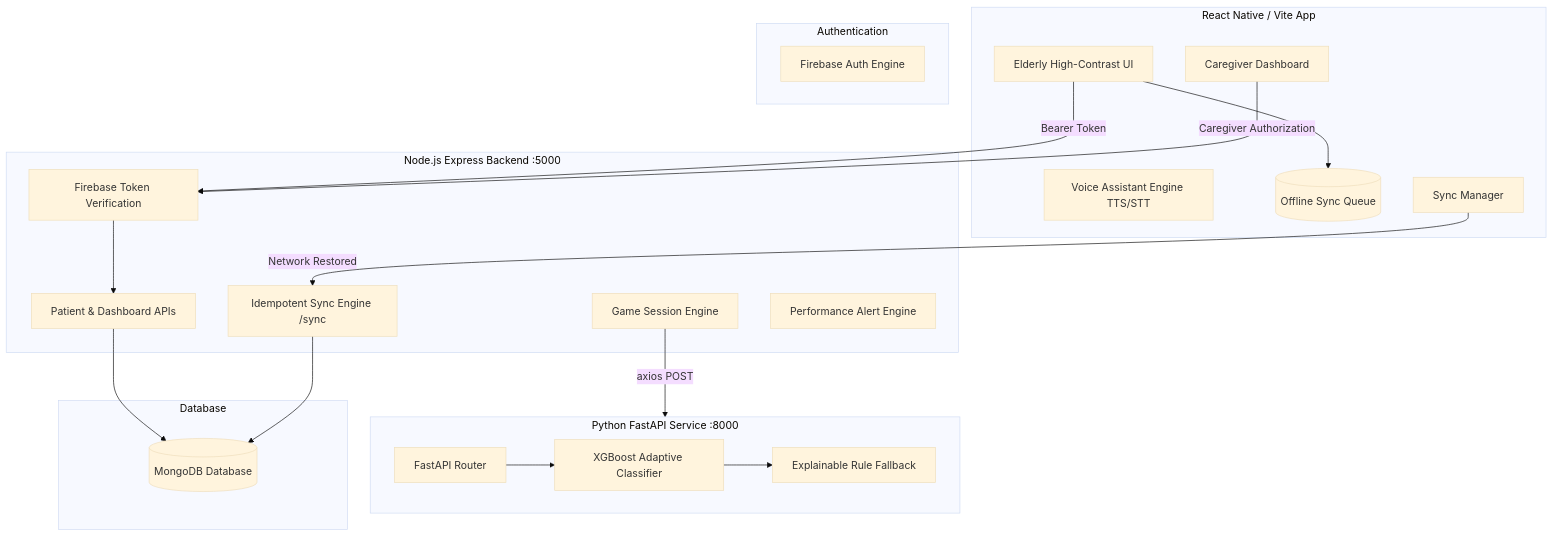
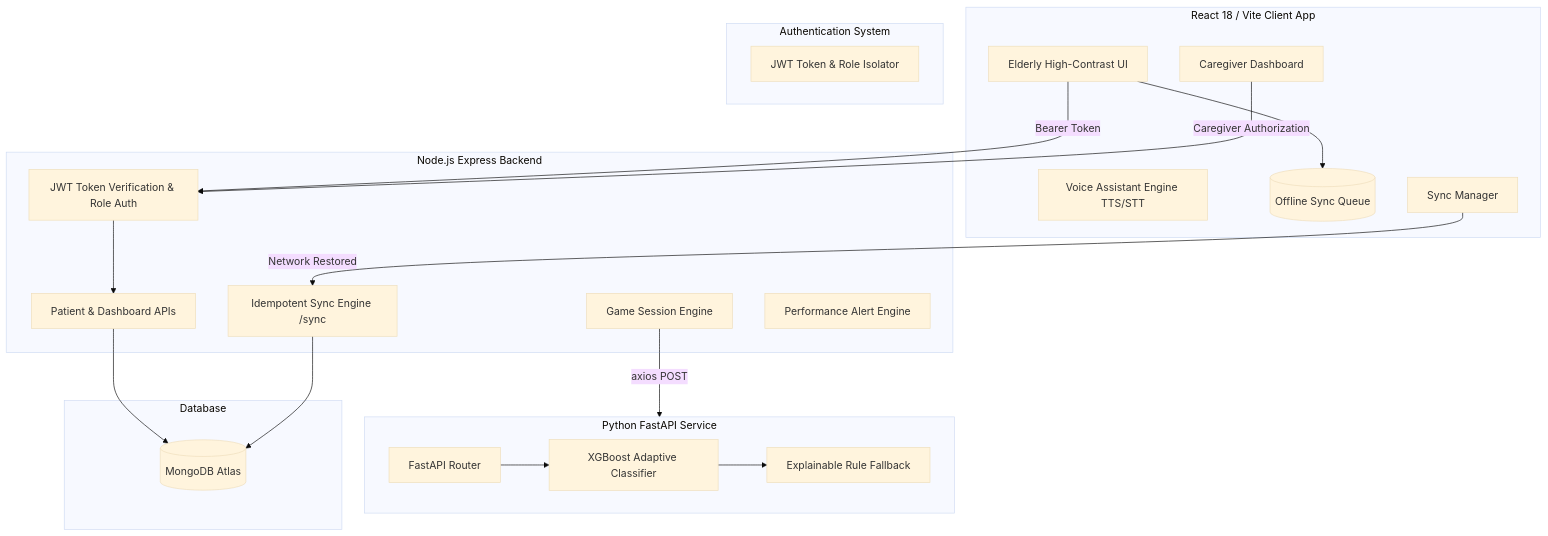
Before and after one commit to Gayathritata/SIH26003: the diagram in README.md, drawn with Mermaid (base theme). The commit also changed other lines of this file, not shown here.

Commit message:
docs: update README.md with live production URLs, client monorepo structure, and role routing details

````diff
--- a/README.md
+++ b/README.md
@@ -40,43 +51,43 @@
 ```mermaid
 graph TD
-    subgraph Mobile Frontend [React Native / Vite App]
+    subgraph Client [React 18 / Vite Client App]
         EUI[Elderly High-Contrast UI]
         VA[Voice Assistant Engine TTS/STT]
         CD[Caregiver Dashboard]
         Queue[(Offline Sync Queue)]
         SyncEngine[Sync Manager]
     end
 
-    subgraph Auth [Authentication]
-        FA[Firebase Auth Engine]
+    subgraph Auth [Authentication System]
+        JWT[JWT Token & Role Isolator]
     end
 
-    subgraph NodeBackend [Node.js Express Backend :5000]
-        MW[Firebase Token Verification]
+    subgraph NodeBackend [Node.js Express Backend]
+        MW[JWT Token Verification & Role Auth]
         PatientAPI[Patient & Dashboard APIs]
         GameAPI[Game Session Engine]
         SyncAPI[Idempotent Sync Engine /sync]
         AlertAPI[Performance Alert Engine]
     end
 
-    subgraph MLService [Python FastAPI Service :8000]
+    subgraph MLService [Python FastAPI Service]
         FastAPI[FastAPI Router]
         XGBoostModel[XGBoost Adaptive Classifier]
         RuleEngine[Explainable Rule Fallback]
     end
 
     subgraph Database
-        MongoDB[(MongoDB Database)]
+        MongoDB[(MongoDB Atlas)]
     end
 
     EUI --> Queue
     SyncEngine -->|Network Restored| SyncAPI
     EUI -->|Bearer Token| MW
     CD -->|Caregiver Authorization| MW
     MW --> PatientAPI
     PatientAPI --> MongoDB
     GameAPI -->|axios POST| MLService
     FastAPI --> XGBoostModel
     XGBoostModel --> RuleEngine
     SyncAPI --> MongoDB
 ```
````
